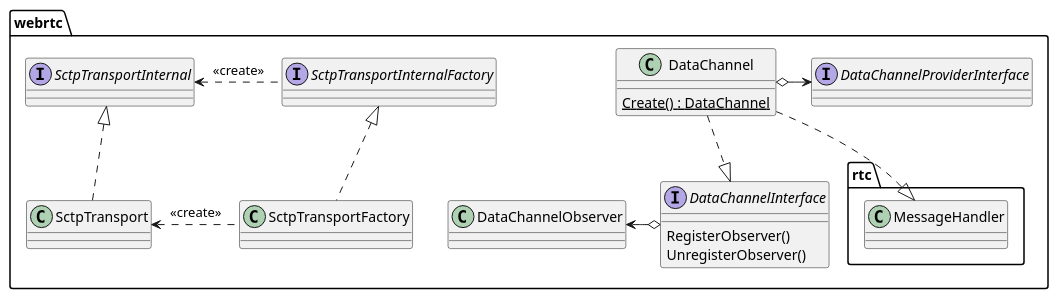
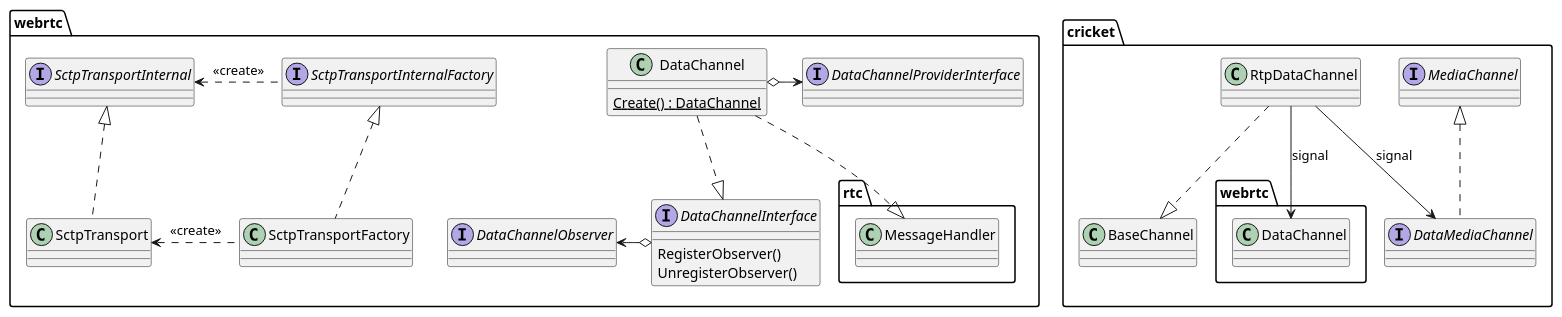
One commit to mingxin505/webrtcNote changed the diagram in webrtc_chrome/datachannel.md. Above: the diagram before and after it, drawn with PlantUML. The commit also changed 2 other files, not shown here.

````diff
--- a/webrtc_chrome/datachannel.md
+++ b/webrtc_chrome/datachannel.md
@@ -2,22 +2,31 @@
 ```plantuml
+package cricket {
+    interface DataMediaChannel
+    interface MediaChannel
+    RtpDataChannel ..|> BaseChannel
+    RtpDataChannel --> webrtc.DataChannel : signal 
+    RtpDataChannel --> DataMediaChannel : signal
+    MediaChannel <|.. DataMediaChannel
+}
 package webrtc {
 interface DataChannelProviderInterface
 interface SctpTransportInternalFactory
 interface SctpTransportInternal
 interface DataChannelInterface {
     RegisterObserver()
     UnregisterObserver()
 } 
+interface DataChannelObserver
 class DataChannel {
     {static} Create() : DataChannel
 }
 DataChannelInterface o-left-> DataChannelObserver
 DataChannel ..|> rtc.MessageHandler
 DataChannel ..|> DataChannelInterface
 DataChannel o-> DataChannelProviderInterface
 SctpTransportInternalFactory .left.> SctpTransportInternal : <<create>> 
 SctpTransportFactory .up.|> SctpTransportInternalFactory
 SctpTransport .up.|> SctpTransportInternal
 SctpTransportFactory .left.> SctpTransport : <<create>>
 } 
 ```
````
